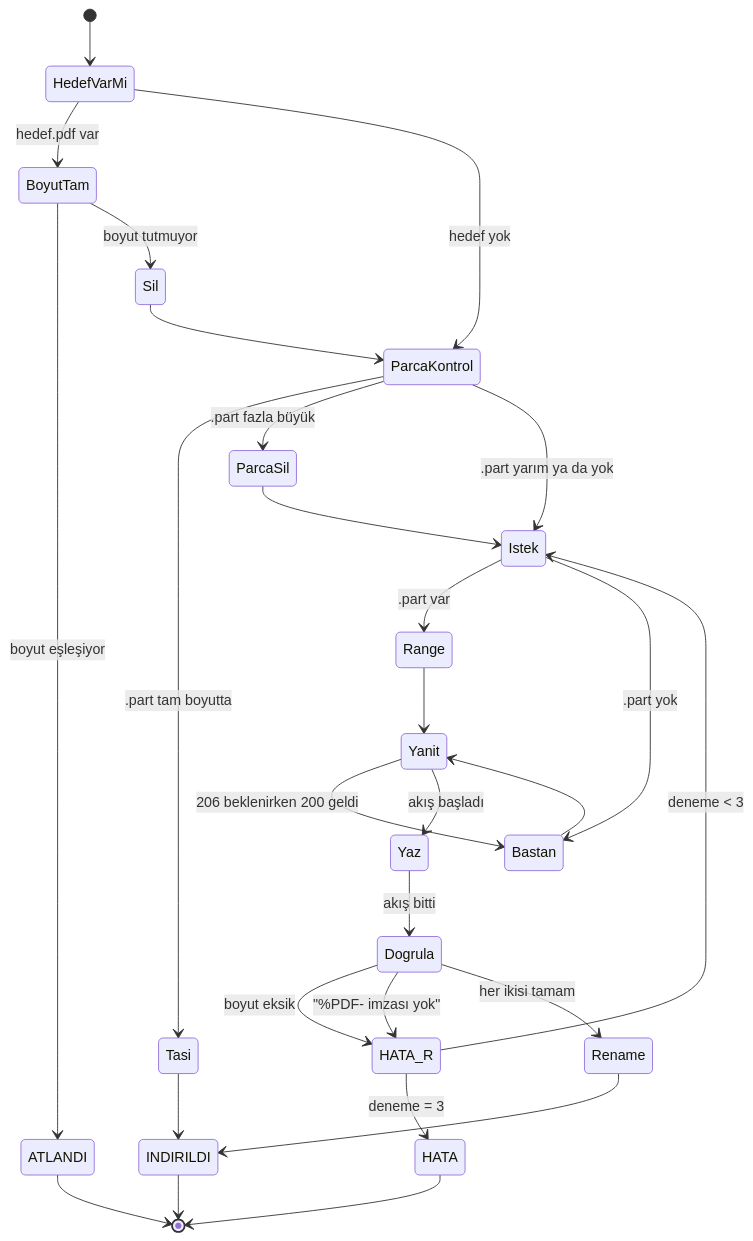
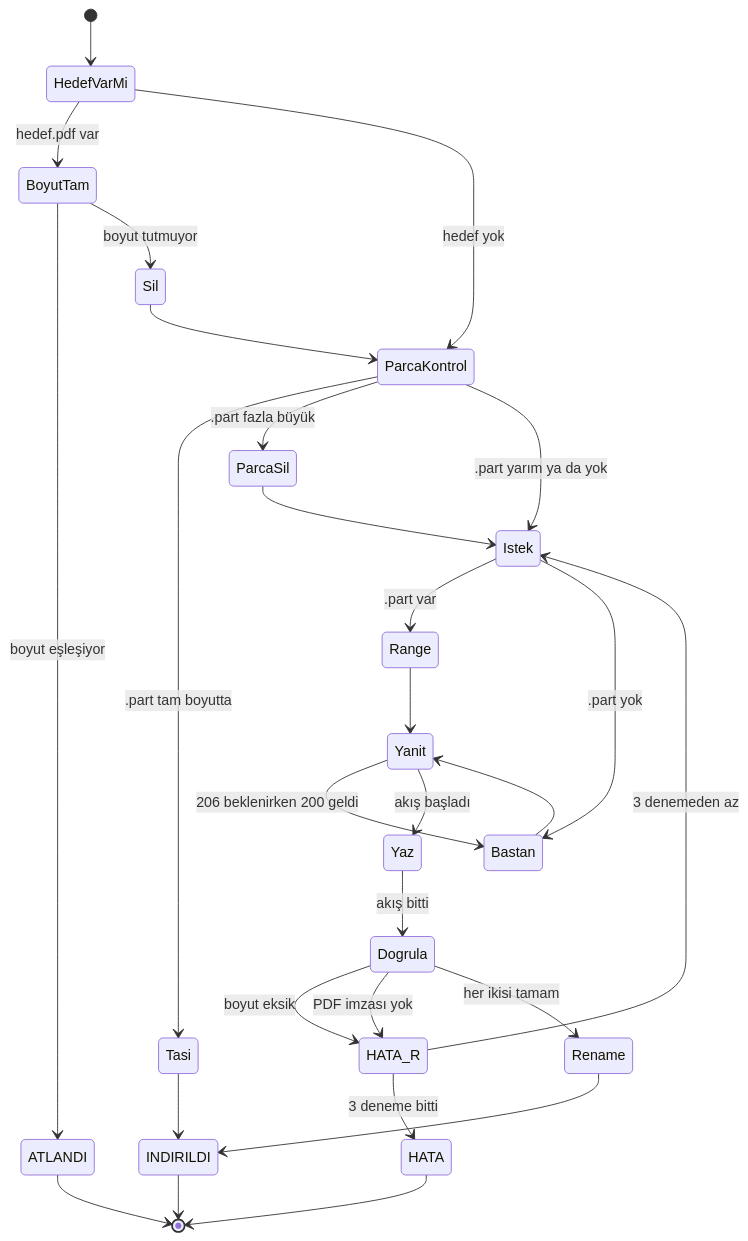
One commit to Omerfiratgozutok/turkce-ders-kitaplari changed the seventh of 9 diagrams in MIMARI.md. Above: the diagram before and after it, drawn with Mermaid.

Commit message:
MIMARI: mermaid etiketlerinden HTML'e benzeyen karakterleri kaldir
GitHub mermaid etiketlerini HTML olarak isliyor; 'deneme < 3' acilis
etiketi sanilip diyagrami bozabilirdi. 9 diyagram da mermaid v11
parser'i ile dogrulandi.

````diff
--- a/MIMARI.md
+++ b/MIMARI.md
@@ -237,38 +237,38 @@
 ```mermaid
 stateDiagram-v2
     [*] --> HedefVarMi
 
     HedefVarMi --> BoyutTam: hedef.pdf var
     HedefVarMi --> ParcaKontrol: hedef yok
 
     BoyutTam --> ATLANDI: boyut eşleşiyor
     BoyutTam --> Sil: boyut tutmuyor
     Sil --> ParcaKontrol
 
     ParcaKontrol --> Tasi: .part tam boyutta
     ParcaKontrol --> ParcaSil: .part fazla büyük
     ParcaKontrol --> Istek: .part yarım ya da yok
     ParcaSil --> Istek
     Tasi --> INDIRILDI
 
     Istek --> Range: .part var
     Istek --> Bastan: .part yok
     Range --> Yanit
     Bastan --> Yanit
 
     Yanit --> Bastan: 206 beklenirken 200 geldi
     Yanit --> Yaz: akış başladı
 
     Yaz --> Dogrula: akış bitti
     Dogrula --> HATA_R: boyut eksik
-    Dogrula --> HATA_R: "%PDF- imzası yok"
+    Dogrula --> HATA_R: PDF imzası yok
     Dogrula --> Rename: her ikisi tamam
 
     Rename --> INDIRILDI
-    HATA_R --> Istek: deneme < 3
-    HATA_R --> HATA: deneme = 3
+    HATA_R --> Istek: 3 denemeden az
+    HATA_R --> HATA: 3 deneme bitti
 
     ATLANDI --> [*]
     INDIRILDI --> [*]
     HATA --> [*]
 ```
````
